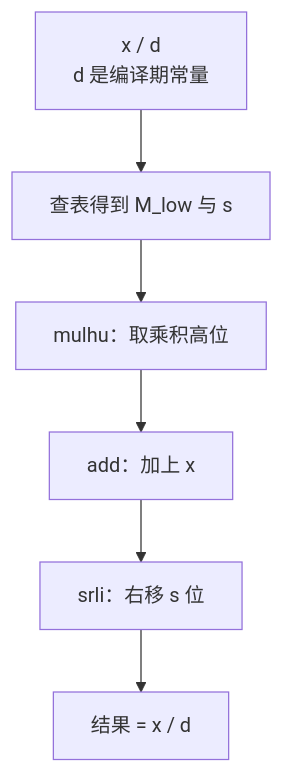
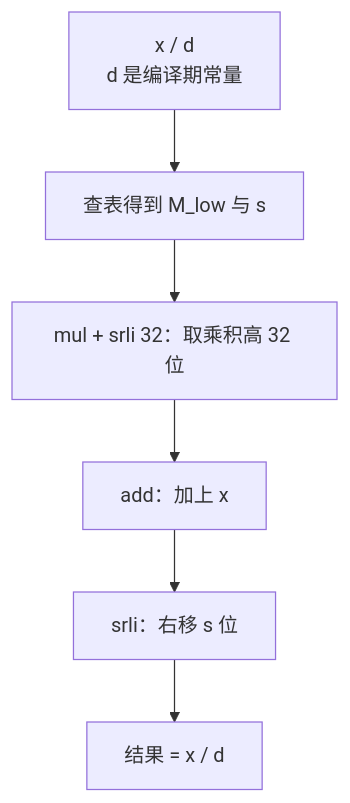
Before and after one commit to lightsmilew/compiler-principles: the first of 2 diagrams in docs/optim/ir-strength-reduction.md, drawn with Mermaid. The commit also changed other lines of this file and 32 other files, not shown here.

Commit message:
docs: unify assessment flow and submission guidance

````diff
--- a/docs/optim/ir-strength-reduction.md
+++ b/docs/optim/ir-strength-reduction.md
@@ -121,8 +122,8 @@
 ```mermaid
 flowchart TB
   A["x / d<br/>d 是编译期常量"] --> B["查表得到 M_low 与 s"]
-  B --> C["mulhu：取乘积高位"]
+  B --> C["mul + srli 32：取乘积高 32 位"]
   C --> D["add：加上 x"]
   D --> E["srli：右移 s 位"]
   E --> F["结果 = x / d"]
 ```
````
